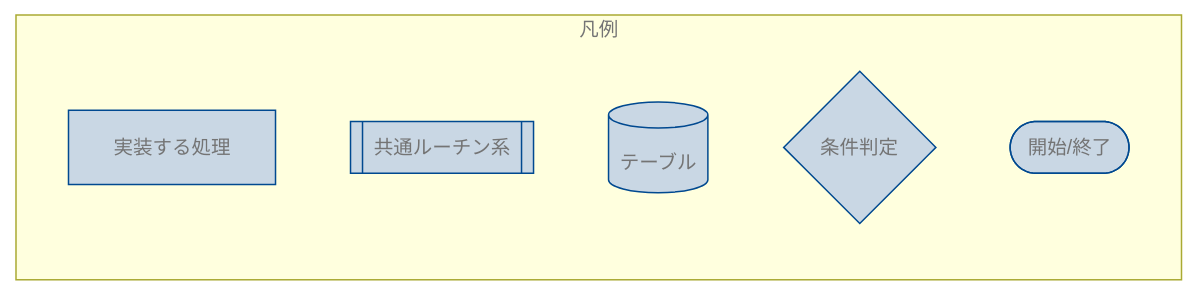
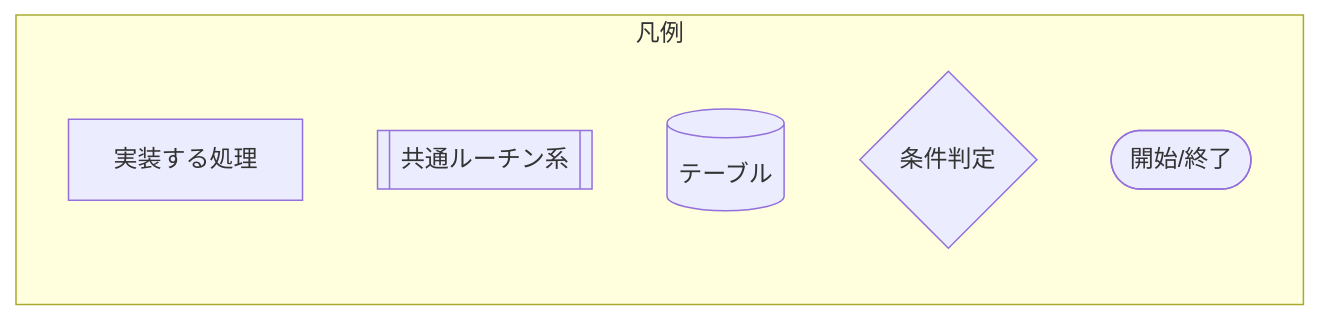
Before and after one commit to ChaosReadman/MDFILETEST: the first of 2 diagrams in API001.md, drawn with Mermaid. The commit also changed other lines of this file, not shown here.

````diff
--- a/API001.md
+++ b/API001.md
@@ -12,30 +11,15 @@
 ```mermaid
 %%{init: 
 {
   "theme": "default",
-  "themeVariables": {
-    "nodeBorder" : "#004990",
-    "mainBkg" : "#c9d7e4",
-    "actorBkg" : "#01A6F0",
-    "signalColor" : "#F34F1C",
-    "textColor" : "#747474",
-    "loopTextColor" : "#C7C7C7",
-    "labelTextColor" : "#C7C7C7",
-    "labelBoxBorderColor" : "#7FBC00",
-    "labelBoxBkgColor" : "#7FBC00",
-    "noteBkgColor" : "#FFBA01",
-    "noteBorderColor": "#FFBA01",
-    "fontFamily": "Inter",
-    "fontSize": "13px"
- }
 }
 }%%
 flowchart LR
     subgraph example [凡例]
         GenericProc[実装する処理]
         Common[[共通ルーチン系]]
         Tbl[(テーブル)]
         Cond{条件判定}
         StartEnd([開始/終了])
     end
 ```
````
